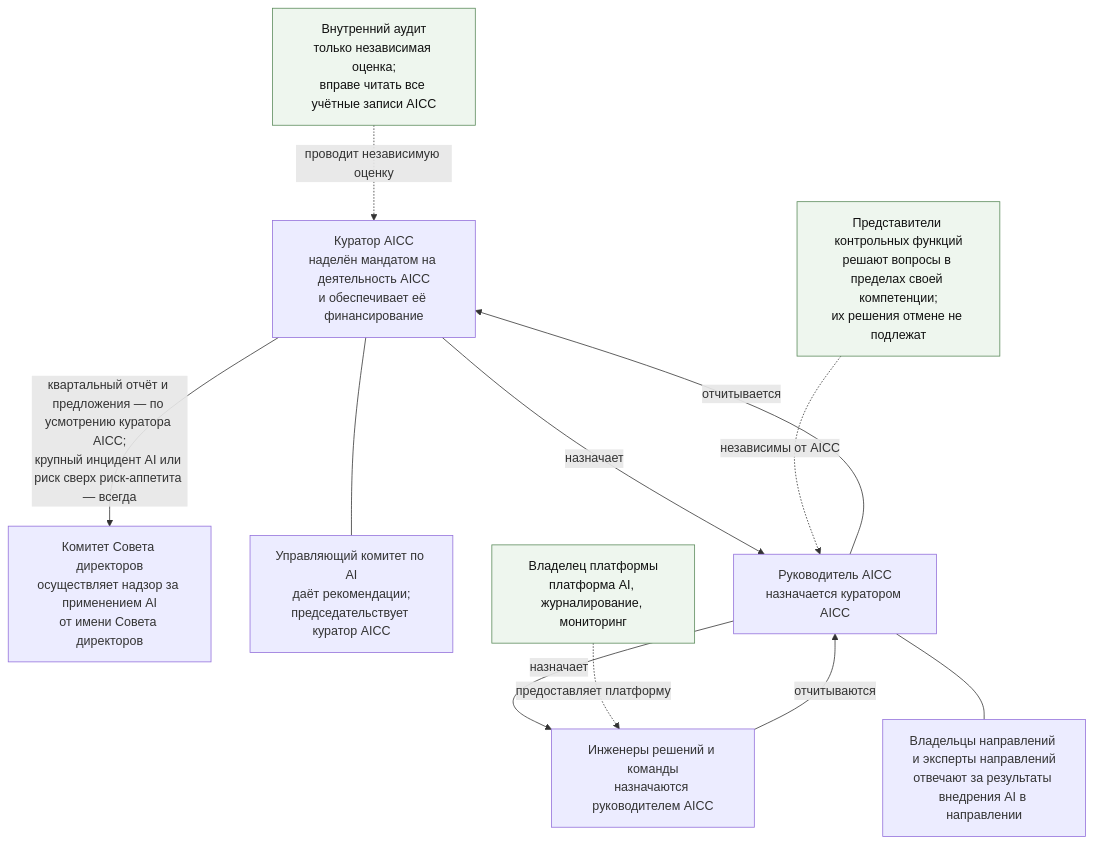
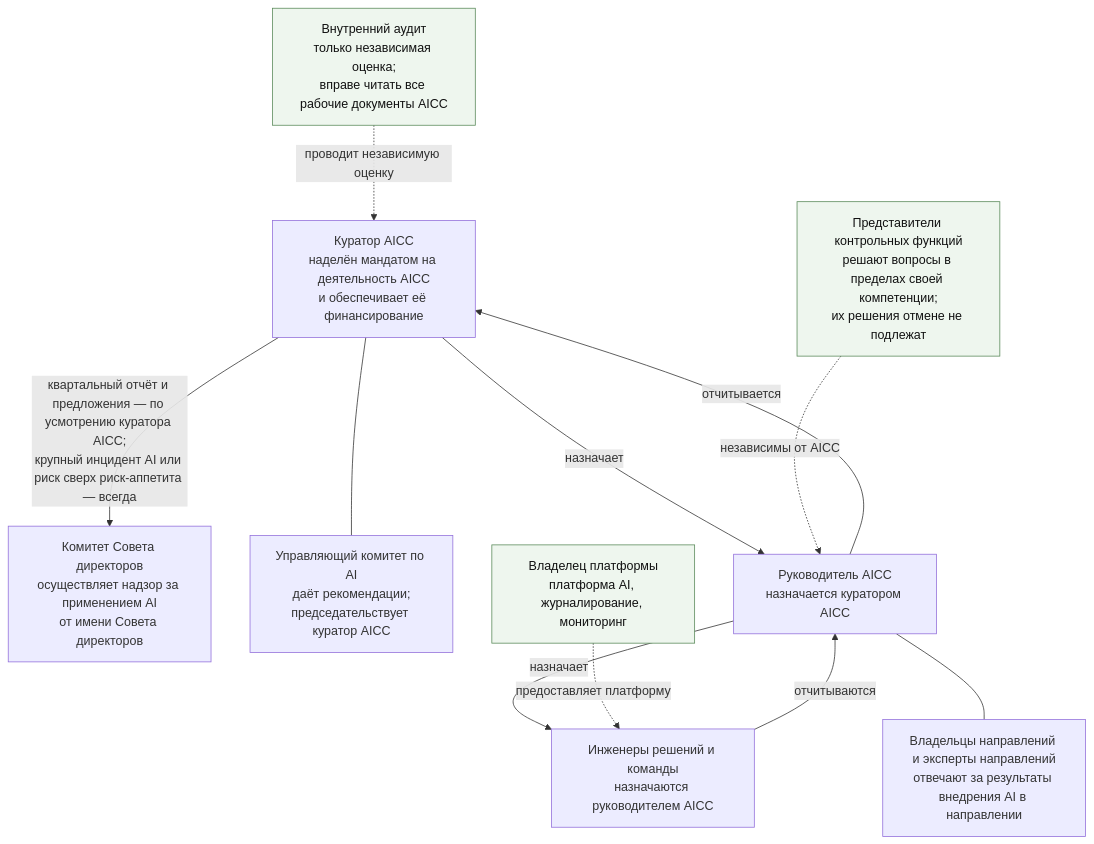
One commit to devhogu/ob-aicc changed the first of 3 diagrams in charter/ru/guides/unit-governance-guide.md. Above: the diagram before and after it, drawn with Mermaid. The commit also changed other lines of this file and 300 other files, not shown here.

First line of the commit message:
Russian edition: a Record is «рабочий документ»; the charter's documents are «нормативные документы»

````diff
--- a/charter/ru/guides/unit-governance-guide.md
+++ b/charter/ru/guides/unit-governance-guide.md
@@ -19,24 +19,24 @@
 ```mermaid
 flowchart TB
   BD["Комитет Совета директоров<br/>осуществляет надзор за применением AI<br/>от имени Совета директоров"]
   ES["Куратор AICC<br/>наделён мандатом на деятельность AICC<br/>и обеспечивает её финансирование"]
   AS["Управляющий комитет по AI<br/>даёт рекомендации;<br/>председательствует куратор AICC"]
   AL["Руководитель AICC<br/>назначается куратором AICC"]
   TM["Инженеры решений и команды<br/>назначаются руководителем AICC"]
   DO["Владельцы направлений и эксперты направлений<br/>отвечают за результаты внедрения AI в направлении"]
   CF["Представители контрольных функций<br/>решают вопросы в пределах своей компетенции;<br/>их решения отмене не подлежат"]
   PO["Владелец платформы<br/>платформа AI, журналирование, мониторинг"]
-  IA["Внутренний аудит<br/>только независимая оценка;<br/>вправе читать все учётные записи AICC"]
+  IA["Внутренний аудит<br/>только независимая оценка;<br/>вправе читать все рабочие документы AICC"]
   ES -->|"назначает"| AL
   ES --- AS
   AL -->|"назначает"| TM
   AL --- DO
   TM -->|"отчитываются"| AL
   AL -->|"отчитывается"| ES
   ES -->|"квартальный отчёт и предложения — по усмотрению куратора AICC;<br/>крупный инцидент AI или риск сверх риск-аппетита — всегда"| BD
   CF -.->|"независимы от AICC"| AL
   PO -.->|"предоставляет платформу"| TM
   IA -.->|"проводит независимую оценку"| ES
   classDef ext fill:#eef6ee,stroke:#5a8a5a,color:#111
   class CF,PO,IA ext
 ```
````
